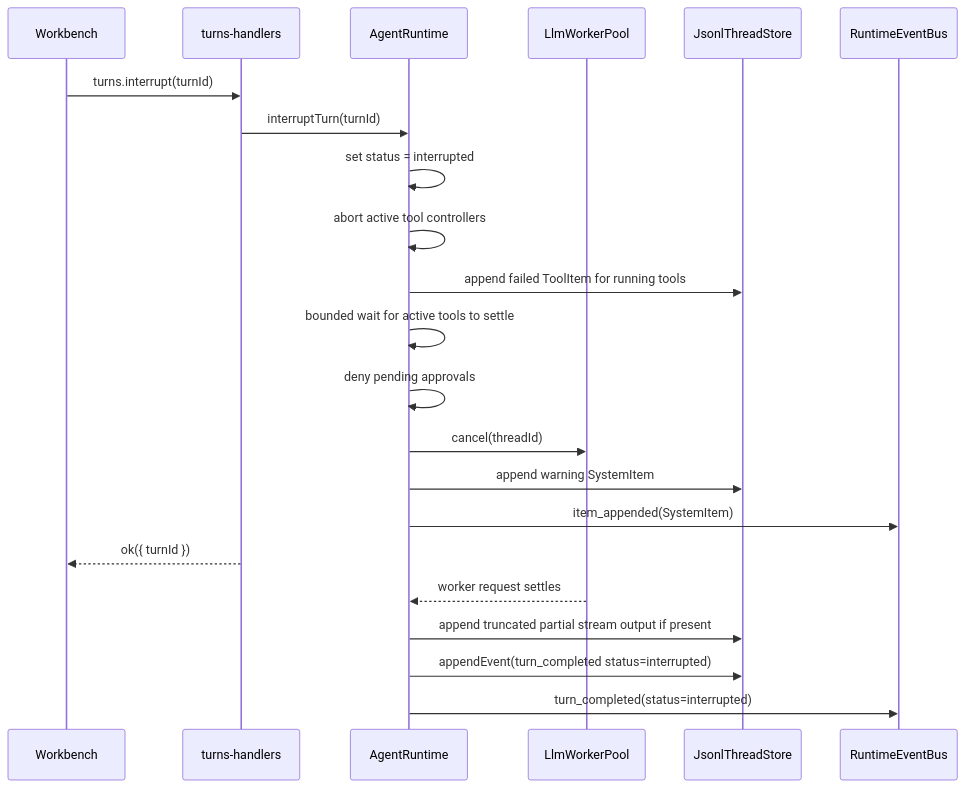
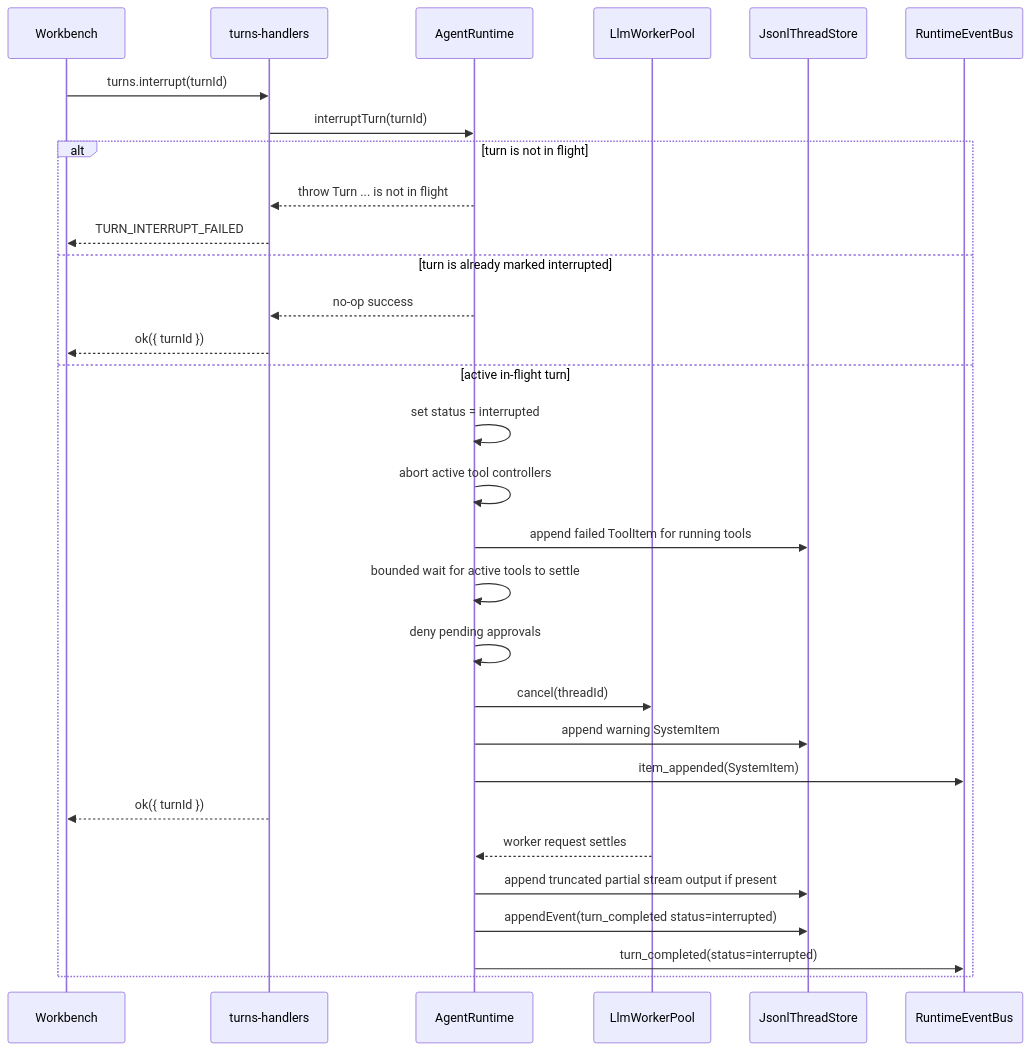
One commit to dp-sudo/agent-pyramid-desktop changed the seventh of 7 diagrams in docs/runtime-flow.md. Above: the diagram before and after it, drawn with Mermaid. The commit also changed other lines of this file and 57 other files, not shown here.

````diff
--- a/docs/runtime-flow.md
+++ b/docs/runtime-flow.md
@@ -396,25 +404,33 @@
 ```mermaid
 sequenceDiagram
   participant UI as Workbench
   participant IPC as turns-handlers
   participant RT as AgentRuntime
   participant Pool as LlmWorkerPool
   participant Store as JsonlThreadStore
   participant Bus as RuntimeEventBus
 
   UI->>IPC: turns.interrupt(turnId)
   IPC->>RT: interruptTurn(turnId)
+  alt turn is not in flight
+    RT-->>IPC: throw Turn ... is not in flight
+    IPC-->>UI: TURN_INTERRUPT_FAILED
+  else turn is already marked interrupted
+    RT-->>IPC: no-op success
+    IPC-->>UI: ok({ turnId })
+  else active in-flight turn
   RT->>RT: set status = interrupted
   RT->>RT: abort active tool controllers
   RT->>Store: append failed ToolItem for running tools
   RT->>RT: bounded wait for active tools to settle
   RT->>RT: deny pending approvals
   RT->>Pool: cancel(threadId)
   RT->>Store: append warning SystemItem
   RT->>Bus: item_appended(SystemItem)
   IPC-->>UI: ok({ turnId })
   Pool-->>RT: worker request settles
   RT->>Store: append truncated partial stream output if present
   RT->>Store: appendEvent(turn_completed status=interrupted)
   RT->>Bus: turn_completed(status=interrupted)
+  end
 ```
````
